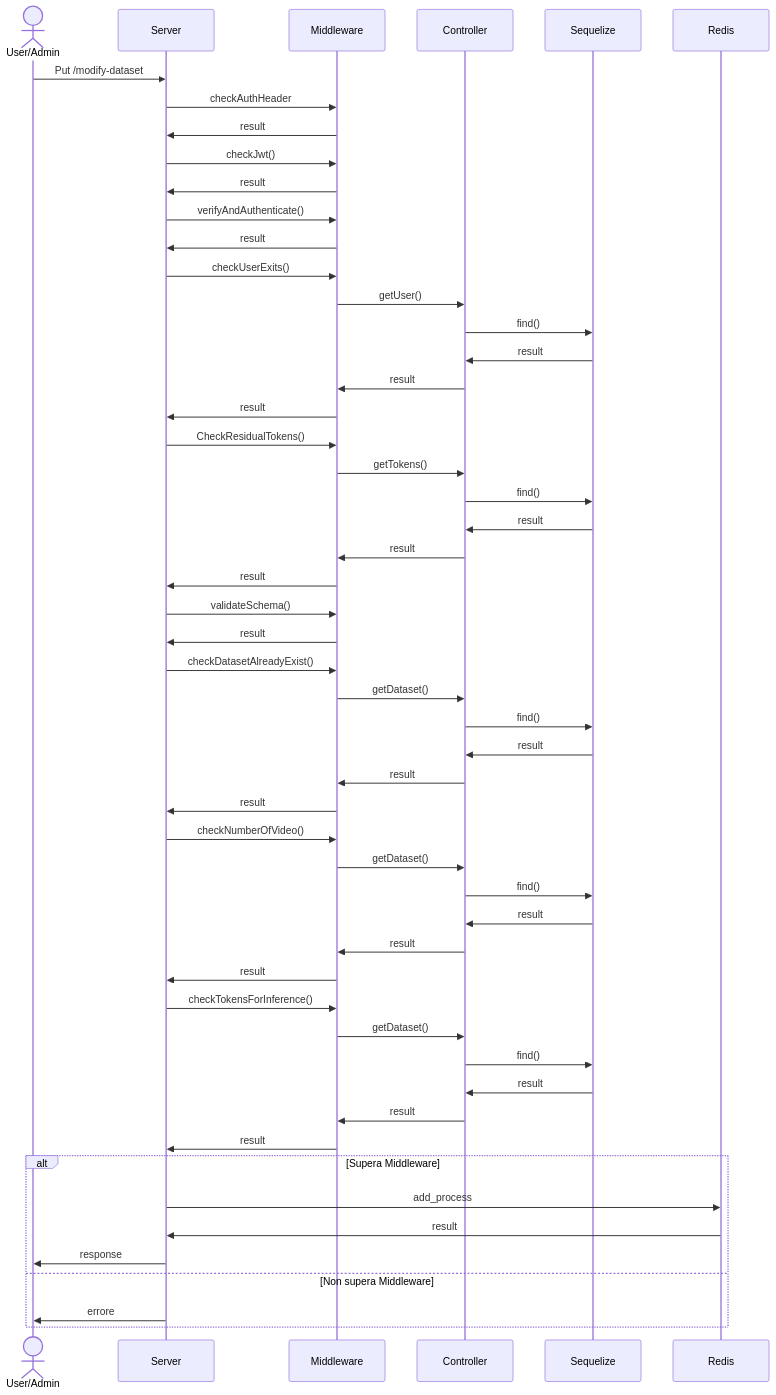
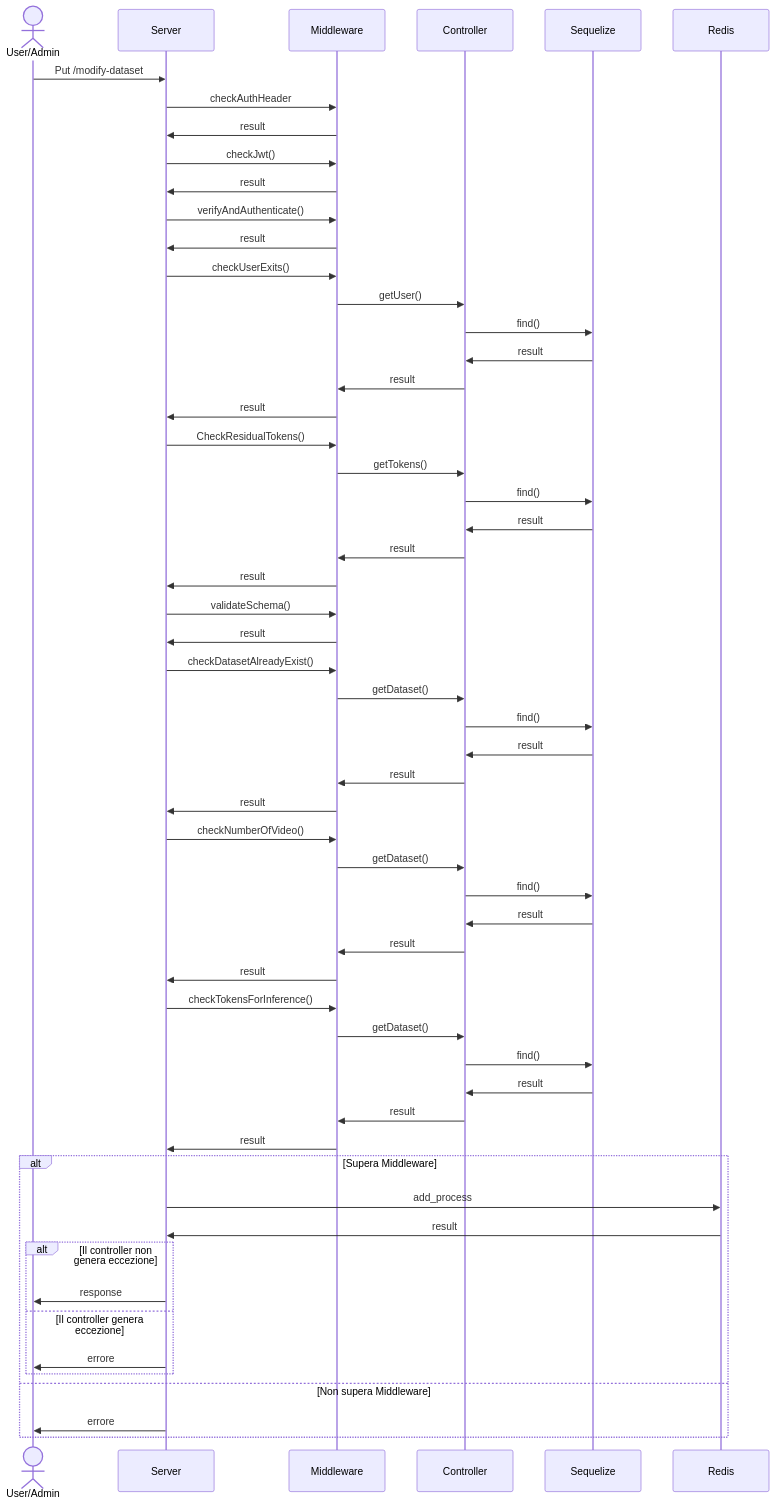
Before and after one commit to AgneseBruglia/PA2024: diagram 13 of 16 in README.md, drawn with Mermaid. The commit also changed other lines of this file, not shown here.

````diff
--- a/README.md
+++ b/README.md
@@ -786,62 +788,66 @@
 ```mermaid
 sequenceDiagram
     actor User/Admin
 
     User/Admin->>Server: Put /modify-dataset
 
     Server->>Middleware: checkAuthHeader
     Middleware->>Server: result
 
     Server->>Middleware: checkJwt()
     Middleware->>Server: result
 
     Server->>Middleware: verifyAndAuthenticate()
     Middleware->>Server: result
 
     Server->>Middleware: checkUserExits()
     Middleware->>Controller: getUser()
     Controller->>Sequelize: find()
     Sequelize->>Controller: result
     Controller->>Middleware: result
     Middleware->>Server: result
 
     Server->>Middleware: CheckResidualTokens()
     Middleware->>Controller: getTokens()
     Controller->>Sequelize: find()
     Sequelize->>Controller: result
     Controller->>Middleware: result
     Middleware->>Server: result
 
     Server->>Middleware: validateSchema()
     Middleware->>Server: result
 
     Server->>Middleware: checkDatasetAlreadyExist()
     Middleware->>Controller: getDataset()
     Controller->>Sequelize: find()
     Sequelize->>Controller: result
     Controller->>Middleware: result
     Middleware->>Server: result
 
     Server->>Middleware: checkNumberOfVideo()
     Middleware->>Controller: getDataset()
     Controller->>Sequelize: find()
     Sequelize->>Controller: result
     Controller->>Middleware: result
     Middleware->>Server: result
 
     Server->>Middleware: checkTokensForInference()
     Middleware->>Controller: getDataset()
     Controller->>Sequelize: find()
     Sequelize->>Controller: result
     Controller->>Middleware: result
     Middleware->>Server: result
 
     alt Supera Middleware
         Server->>Redis: add_process
         Redis->>Server: result
-        Server->>User/Admin: response
+        alt Il controller non genera eccezione
+             Server->>User/Admin: response
+        else Il controller genera eccezione
+             Server->>User/Admin: errore
+        end 
     else Non supera Middleware
         Server->>User/Admin: errore
     end
 
 ```
````
